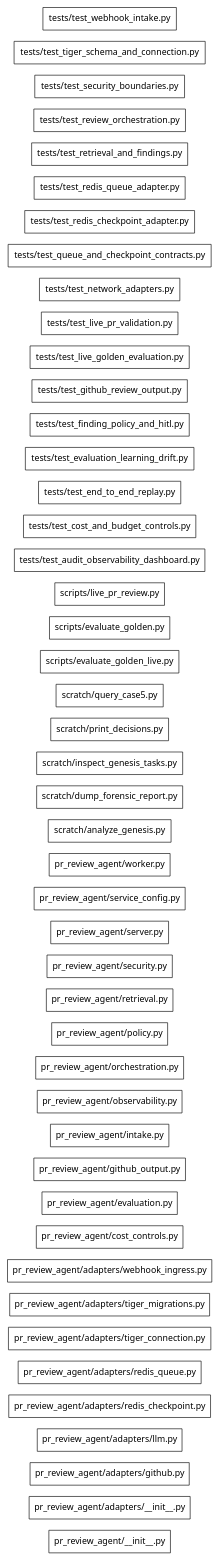
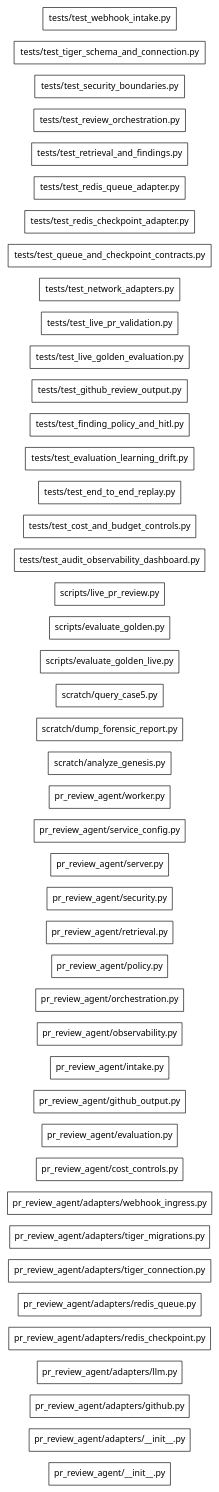
One commit to Ayush-Kant/PR-Review-Agent changed the diagram in .genesis/index/graph.dot. Above: the diagram before and after it, drawn with Graphviz. The commit also changed 18 other files, not shown here.

Commit message:
fix(tiger): harden SSL enforcement, extension semantics, and vector schema foundation (W1-05)

```diff
--- a/.genesis/index/graph.dot
+++ b/.genesis/index/graph.dot
@@ -1,51 +1,49 @@
 digraph genesis {
   rankdir=LR;
   node [shape=box,fontname="system-ui"];
   "file:pr_review_agent/__init__.py" [label="pr_review_agent/__init__.py",class="file"];
   "file:pr_review_agent/adapters/__init__.py" [label="pr_review_agent/adapters/__init__.py",class="file"];
   "file:pr_review_agent/adapters/github.py" [label="pr_review_agent/adapters/github.py",class="file"];
   "file:pr_review_agent/adapters/llm.py" [label="pr_review_agent/adapters/llm.py",class="file"];
   "file:pr_review_agent/adapters/redis_checkpoint.py" [label="pr_review_agent/adapters/redis_checkpoint.py",class="file"];
   "file:pr_review_agent/adapters/redis_queue.py" [label="pr_review_agent/adapters/redis_queue.py",class="file"];
   "file:pr_review_agent/adapters/tiger_connection.py" [label="pr_review_agent/adapters/tiger_connection.py",class="file"];
   "file:pr_review_agent/adapters/tiger_migrations.py" [label="pr_review_agent/adapters/tiger_migrations.py",class="file"];
   "file:pr_review_agent/adapters/webhook_ingress.py" [label="pr_review_agent/adapters/webhook_ingress.py",class="file"];
   "file:pr_review_agent/cost_controls.py" [label="pr_review_agent/cost_controls.py",class="file"];
   "file:pr_review_agent/evaluation.py" [label="pr_review_agent/evaluation.py",class="file"];
   "file:pr_review_agent/github_output.py" [label="pr_review_agent/github_output.py",class="file"];
   "file:pr_review_agent/intake.py" [label="pr_review_agent/intake.py",class="file"];
   "file:pr_review_agent/observability.py" [label="pr_review_agent/observability.py",class="file"];
   "file:pr_review_agent/orchestration.py" [label="pr_review_agent/orchestration.py",class="file"];
   "file:pr_review_agent/policy.py" [label="pr_review_agent/policy.py",class="file"];
   "file:pr_review_agent/retrieval.py" [label="pr_review_agent/retrieval.py",class="file"];
   "file:pr_review_agent/security.py" [label="pr_review_agent/security.py",class="file"];
   "file:pr_review_agent/server.py" [label="pr_review_agent/server.py",class="file"];
   "file:pr_review_agent/service_config.py" [label="pr_review_agent/service_config.py",class="file"];
   "file:pr_review_agent/worker.py" [label="pr_review_agent/worker.py",class="file"];
   "file:scratch/analyze_genesis.py" [label="scratch/analyze_genesis.py",class="file"];
   "file:scratch/dump_forensic_report.py" [label="scratch/dump_forensic_report.py",class="file"];
-  "file:scratch/inspect_genesis_tasks.py" [label="scratch/inspect_genesis_tasks.py",class="file"];
-  "file:scratch/print_decisions.py" [label="scratch/print_decisions.py",class="file"];
   "file:scratch/query_case5.py" [label="scratch/query_case5.py",class="file"];
   "file:scripts/evaluate_golden_live.py" [label="scripts/evaluate_golden_live.py",class="file"];
   "file:scripts/evaluate_golden.py" [label="scripts/evaluate_golden.py",class="file"];
   "file:scripts/live_pr_review.py" [label="scripts/live_pr_review.py",class="file"];
   "file:tests/test_audit_observability_dashboard.py" [label="tests/test_audit_observability_dashboard.py",class="file"];
   "file:tests/test_cost_and_budget_controls.py" [label="tests/test_cost_and_budget_controls.py",class="file"];
   "file:tests/test_end_to_end_replay.py" [label="tests/test_end_to_end_replay.py",class="file"];
   "file:tests/test_evaluation_learning_drift.py" [label="tests/test_evaluation_learning_drift.py",class="file"];
   "file:tests/test_finding_policy_and_hitl.py" [label="tests/test_finding_policy_and_hitl.py",class="file"];
   "file:tests/test_github_review_output.py" [label="tests/test_github_review_output.py",class="file"];
   "file:tests/test_live_golden_evaluation.py" [label="tests/test_live_golden_evaluation.py",class="file"];
   "file:tests/test_live_pr_validation.py" [label="tests/test_live_pr_validation.py",class="file"];
   "file:tests/test_network_adapters.py" [label="tests/test_network_adapters.py",class="file"];
   "file:tests/test_queue_and_checkpoint_contracts.py" [label="tests/test_queue_and_checkpoint_contracts.py",class="file"];
   "file:tests/test_redis_checkpoint_adapter.py" [label="tests/test_redis_checkpoint_adapter.py",class="file"];
   "file:tests/test_redis_queue_adapter.py" [label="tests/test_redis_queue_adapter.py",class="file"];
   "file:tests/test_retrieval_and_findings.py" [label="tests/test_retrieval_and_findings.py",class="file"];
   "file:tests/test_review_orchestration.py" [label="tests/test_review_orchestration.py",class="file"];
   "file:tests/test_security_boundaries.py" [label="tests/test_security_boundaries.py",class="file"];
   "file:tests/test_tiger_schema_and_connection.py" [label="tests/test_tiger_schema_and_connection.py",class="file"];
   "file:tests/test_webhook_intake.py" [label="tests/test_webhook_intake.py",class="file"];
 
 }
```
